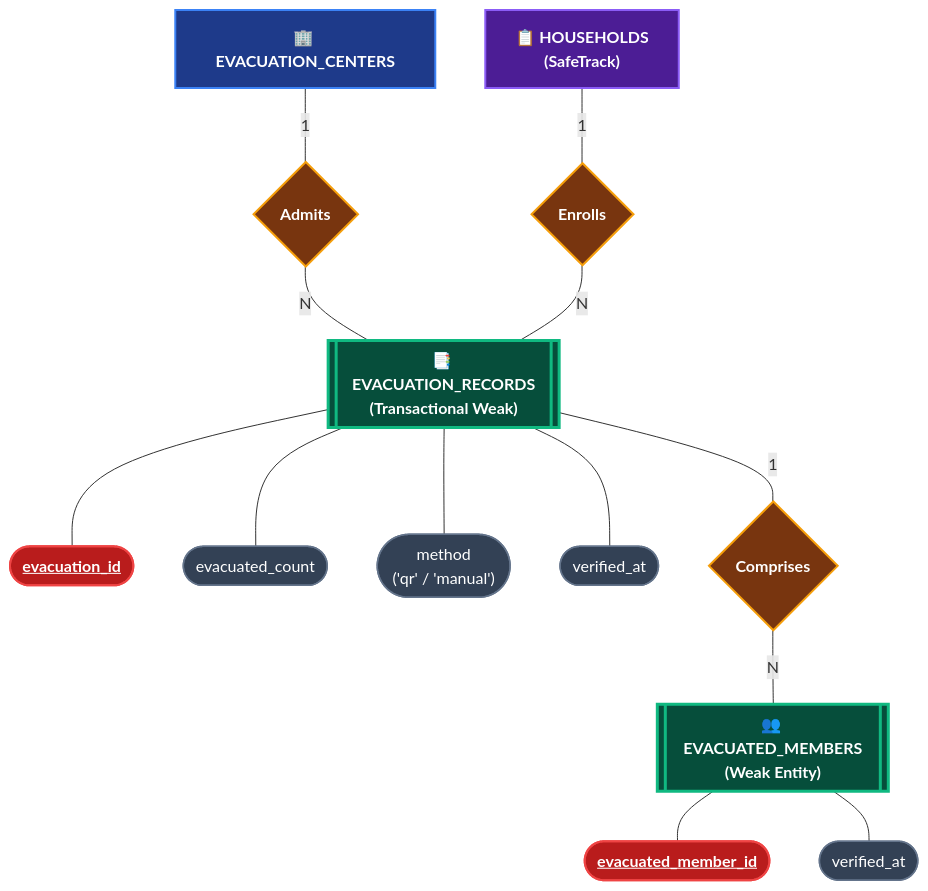
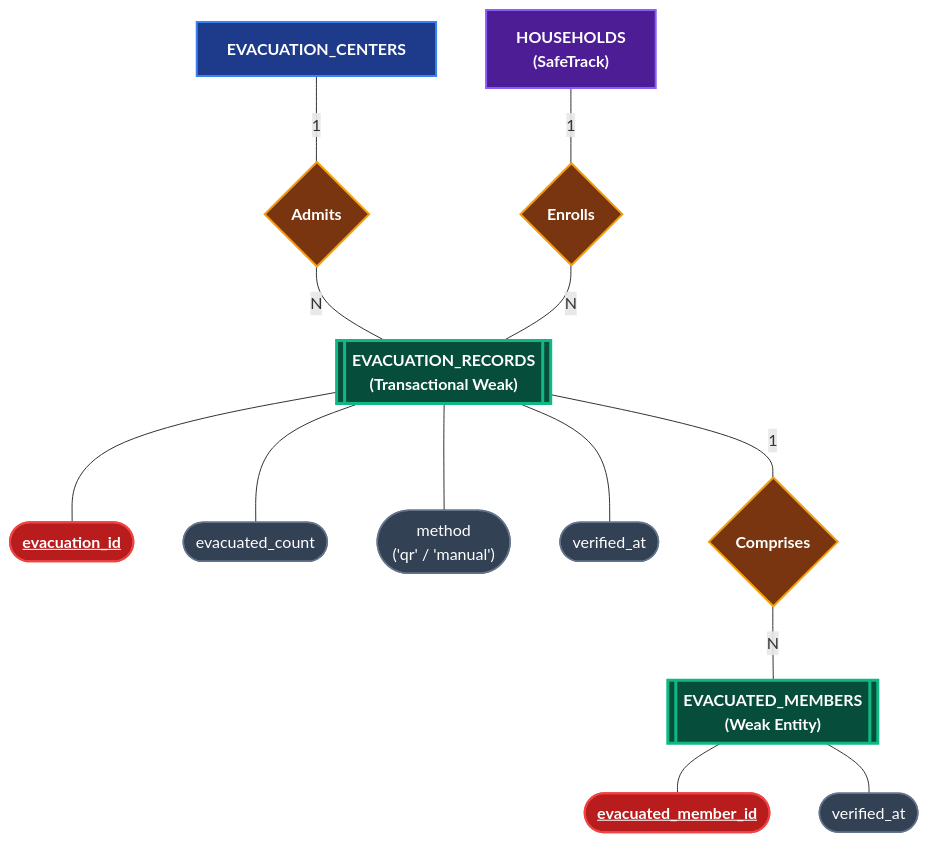
The third of 5 diagrams in docs/erd.md (klint-droid/EvaTrack), drawn with Mermaid before and after one commit. The commit also changed other lines of this file, not shown here.

Commit message:
docs(erd): remove icons and format clean Chen notation

````diff
--- a/docs/erd.md
+++ b/docs/erd.md
@@ -240,48 +240,48 @@
 ```mermaid
 flowchart TD
 
     %% ── Entities ──
-    EC["🏢 EVACUATION_CENTERS"]:::strongEntity
-    HH["📋 HOUSEHOLDS\n(SafeTrack)"]:::extEntity
-    EVAC[["📑 EVACUATION_RECORDS\n(Transactional Weak)"]]:::weakEntity
-    MEM[["👥 EVACUATED_MEMBERS\n(Weak Entity)"]]:::weakEntity
+    EC["EVACUATION_CENTERS"]:::strongEntity
+    HH["HOUSEHOLDS\n(SafeTrack)"]:::extEntity
+    EVAC[["EVACUATION_RECORDS\n(Transactional Weak)"]]:::weakEntity
+    MEM[["EVACUATED_MEMBERS\n(Weak Entity)"]]:::weakEntity
 
     %% ── Evacuation Record Attributes ──
     A_ER_ID(["<u>evacuation_id</u>"]):::pkOval
     A_ER_COUNT(["evacuated_count"]):::attrOval
     A_ER_METH(["method\n('qr' / 'manual')"]):::attrOval
     A_ER_VER_AT(["verified_at"]):::attrOval
 
     EVAC --- A_ER_ID
     EVAC --- A_ER_COUNT
     EVAC --- A_ER_METH
     EVAC --- A_ER_VER_AT
 
     %% ── Evacuated Member Attributes ──
     A_EM_ID(["<u>evacuated_member_id</u>"]):::pkOval
     A_EM_TIME(["verified_at"]):::attrOval
 
     MEM --- A_EM_ID
     MEM --- A_EM_TIME
 
     %% ── Relationships ──
     R_ADMITS{"Admits"}:::relDiamond
     R_REG{"Enrolls"}:::relDiamond
     R_COMPRISES{"Comprises"}:::relDiamond
 
     EC ---|1| R_ADMITS
     R_ADMITS ---|N| EVAC
 
     HH ---|1| R_REG
     R_REG ---|N| EVAC
 
     EVAC ---|1| R_COMPRISES
     R_COMPRISES ---|N| MEM
 
     classDef strongEntity fill:#1e3a8a,stroke:#3b82f6,stroke-width:2px,color:#fff,font-weight:bold
     classDef weakEntity   fill:#064e3b,stroke:#10b981,stroke-width:3px,color:#fff,font-weight:bold
     classDef extEntity    fill:#4c1d95,stroke:#8b5cf6,stroke-width:2px,color:#fff,font-weight:bold
     classDef relDiamond   fill:#78350f,stroke:#f59e0b,stroke-width:2px,color:#fff,font-weight:bold
     classDef pkOval       fill:#b91c1c,stroke:#ef4444,stroke-width:2px,color:#fff,font-weight:bold
     classDef attrOval     fill:#334155,stroke:#64748b,stroke-width:1.5px,color:#fff
 ```
````
